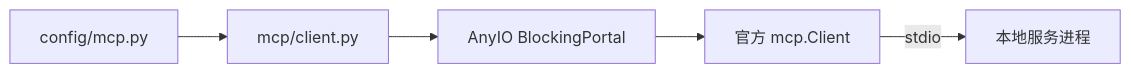
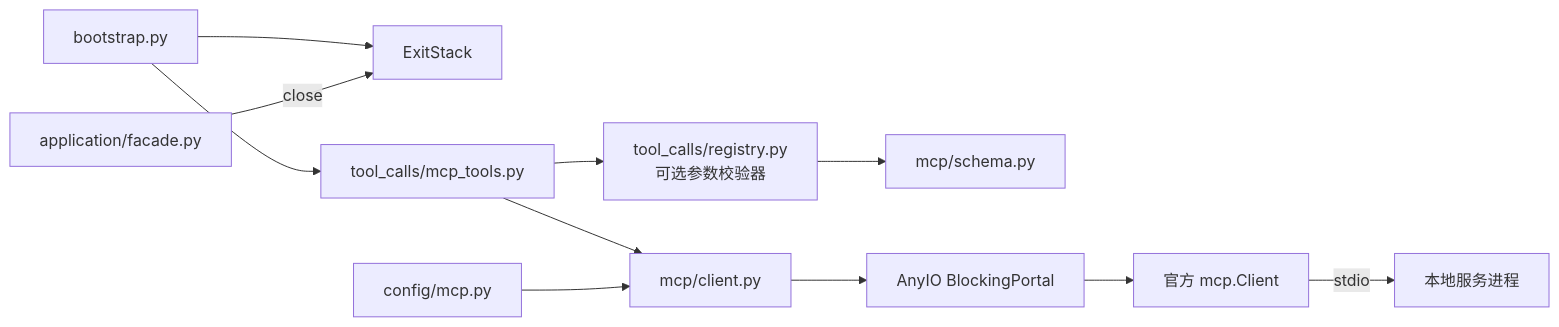
Before and after one commit to Plvltra/AdamAgent: the second of 11 diagrams in docs/architecture.md, drawn with Mermaid. The commit also changed other lines of this file and 12 other files, not shown here.

```diff
--- a/docs/architecture.md
+++ b/docs/architecture.md
@@ -42,7 +42,13 @@
 ~~~mermaid
 flowchart LR
-    CONF["config/mcp.py"] --> CLIENT["mcp/client.py"]
+    BOOT["bootstrap.py"] --> RES["ExitStack"]
+    APP["application/facade.py"] -->|close| RES
+    BOOT --> TOOL["tool_calls/mcp_tools.py"]
+    TOOL --> REG["tool_calls/registry.py<br/>可选参数校验器"]
+    REG --> SCHEMA["mcp/schema.py"]
+    TOOL --> CLIENT["mcp/client.py"]
+    CONF["config/mcp.py"] --> CLIENT
     CLIENT --> PORTAL["AnyIO BlockingPortal"]
     PORTAL --> SDK["官方 mcp.Client"]
     SDK -->|stdio| SERVER["本地服务进程"]
 ~~~
```
